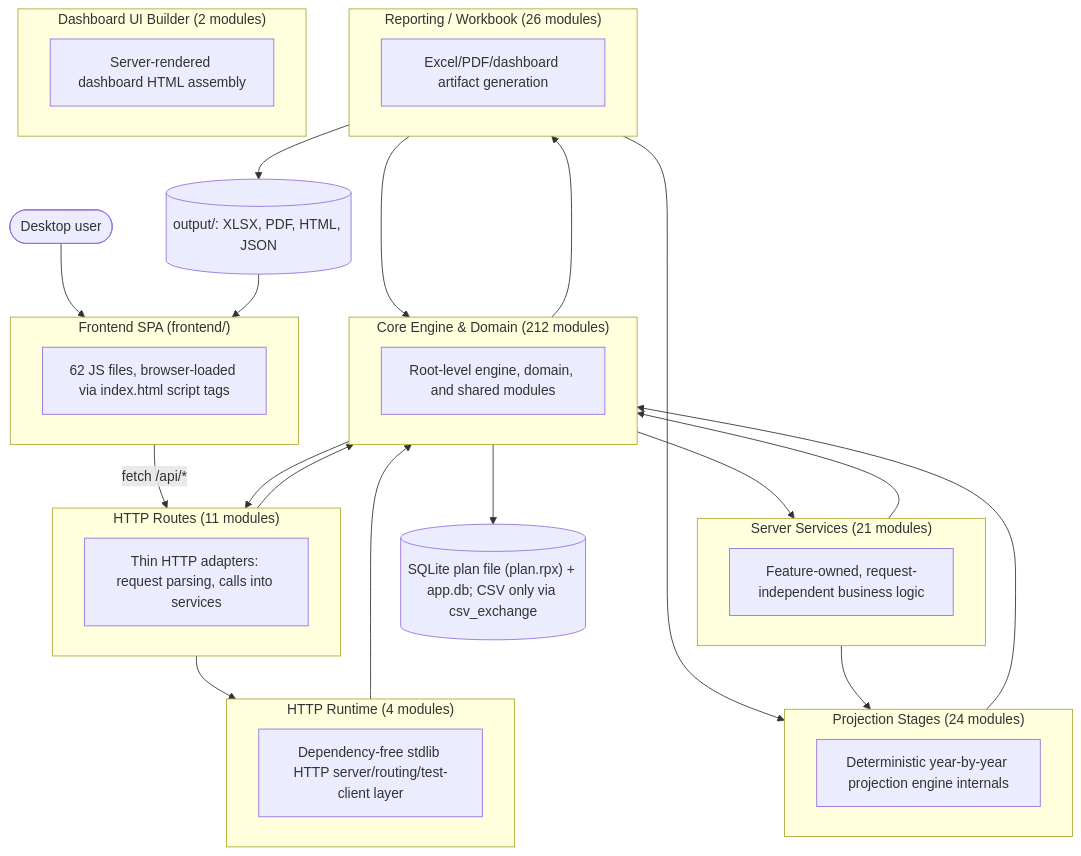
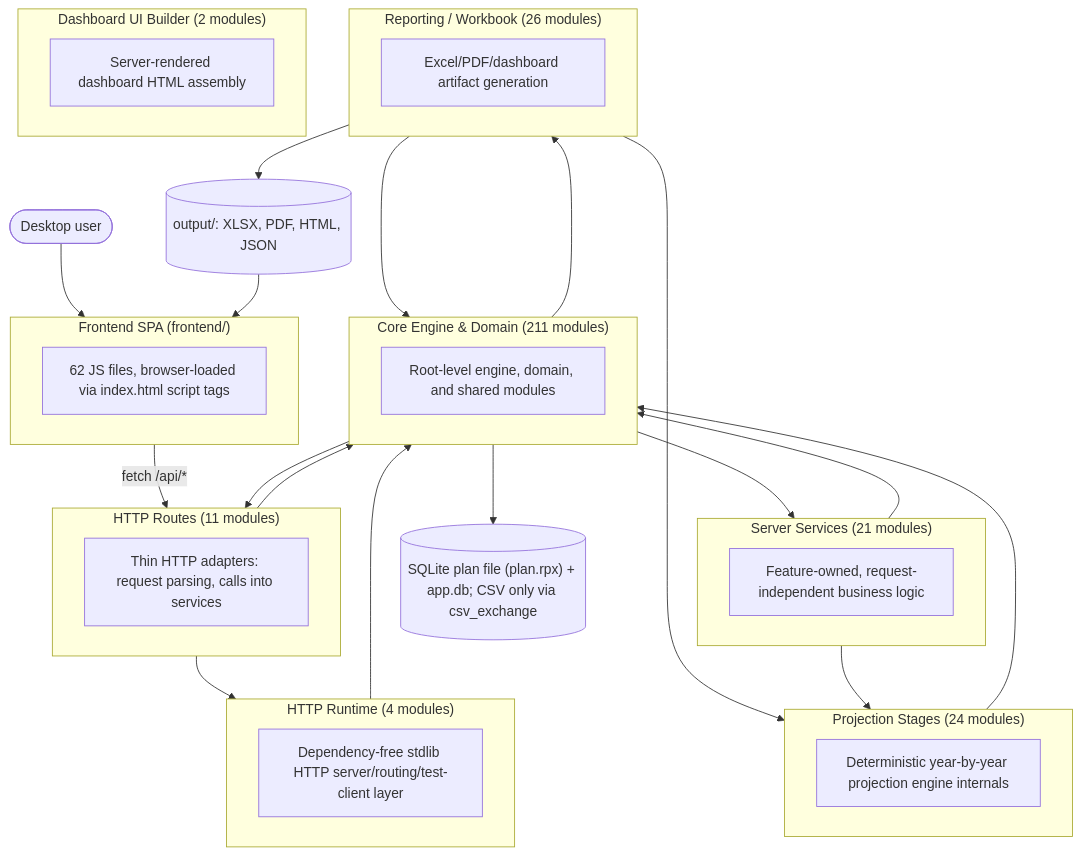
The first of 2 diagrams in documentation/reference/SYSTEM_ARCHITECTURE_DIAGRAM.md (matthartzman/retirement_system), drawn with Mermaid before and after one commit. The commit also changed other lines of this file and 11 other files, not shown here.

````diff
--- a/documentation/reference/SYSTEM_ARCHITECTURE_DIAGRAM.md
+++ b/documentation/reference/SYSTEM_ARCHITECTURE_DIAGRAM.md
@@ -11,43 +11,43 @@
 ```mermaid
 flowchart TB
     User(["Desktop user"]) --> FE
     subgraph FE["Frontend SPA (frontend/)"]
         FEcount["62 JS files, browser-loaded via index.html script tags"]
     end
     FE -->|fetch /api/*| L_HTTP_Routes
     subgraph L_HTTP_Routes["HTTP Routes (11 modules)"]
         L_HTTP_Routes_d["Thin HTTP adapters: request parsing, calls into services"]
     end
     subgraph L_Server_Services["Server Services (21 modules)"]
         L_Server_Services_d["Feature-owned, request-independent business logic"]
     end
     subgraph L_HTTP_Runtime["HTTP Runtime (4 modules)"]
         L_HTTP_Runtime_d["Dependency-free stdlib HTTP server/routing/test-client layer"]
     end
-    subgraph L_Core_Engine___Domain["Core Engine & Domain (212 modules)"]
+    subgraph L_Core_Engine___Domain["Core Engine & Domain (211 modules)"]
         L_Core_Engine___Domain_d["Root-level engine, domain, and shared modules"]
     end
     subgraph L_Projection_Stages["Projection Stages (24 modules)"]
         L_Projection_Stages_d["Deterministic year-by-year projection engine internals"]
     end
     subgraph L_Reporting___Workbook["Reporting / Workbook (26 modules)"]
         L_Reporting___Workbook_d["Excel/PDF/dashboard artifact generation"]
     end
     subgraph L_Dashboard_UI_Builder["Dashboard UI Builder (2 modules)"]
         L_Dashboard_UI_Builder_d["Server-rendered dashboard HTML assembly"]
     end
     L_Core_Engine___Domain --> L_HTTP_Routes
     L_Core_Engine___Domain --> L_Reporting___Workbook
     L_Core_Engine___Domain --> L_Server_Services
     L_HTTP_Routes --> L_Core_Engine___Domain
     L_HTTP_Routes --> L_HTTP_Runtime
     L_HTTP_Runtime --> L_Core_Engine___Domain
     L_Projection_Stages --> L_Core_Engine___Domain
     L_Reporting___Workbook --> L_Core_Engine___Domain
     L_Reporting___Workbook --> L_Projection_Stages
     L_Server_Services --> L_Core_Engine___Domain
     L_Server_Services --> L_Projection_Stages
     L_Core_Engine___Domain --> DB[("SQLite plan file (plan.rpx) + app.db; CSV only via csv_exchange")]
     L_Reporting___Workbook --> Outputs[("output/: XLSX, PDF, HTML, JSON")]
     Outputs --> FE
 ```
````
